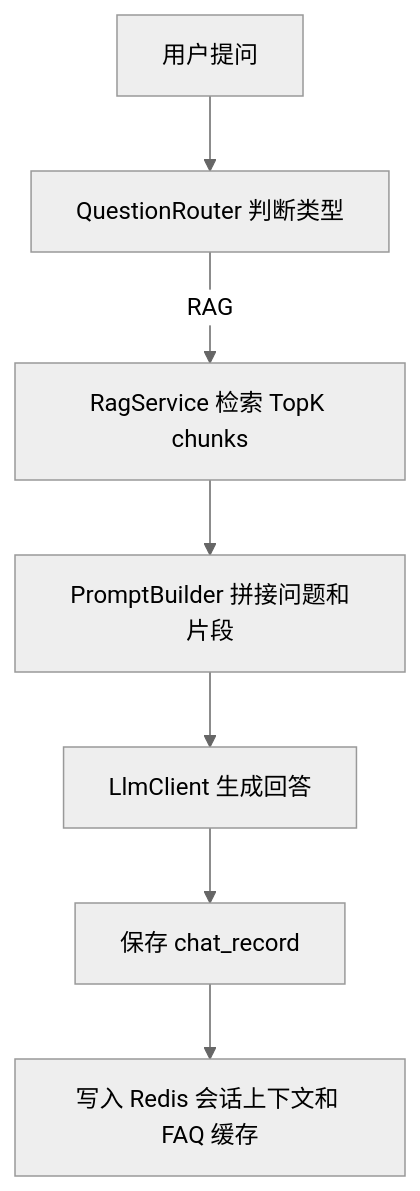
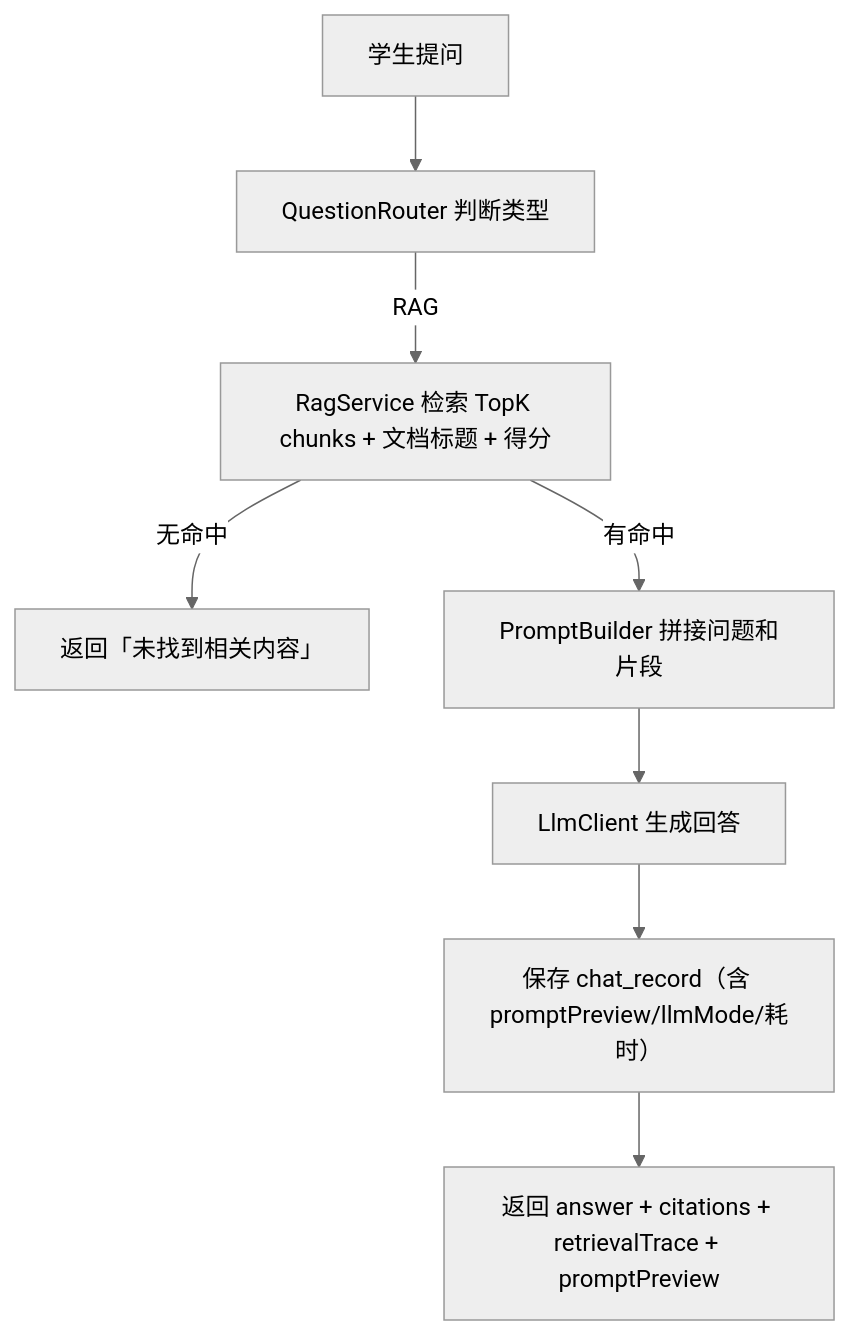
The second of 2 diagrams in README.md (SodaWWater/campus-ai-assistant), drawn with Mermaid (neutral theme) before and after one commit. The commit also changed other lines of this file and 86 other files, not shown here.

````diff
--- a/README.md
+++ b/README.md
@@ -40,9 +43,10 @@
 ```mermaid
 flowchart TD
-  A["用户提问"] --> B["QuestionRouter 判断类型"]
-  B -->|RAG| C["RagService 检索 TopK chunks"]
-  C --> D["PromptBuilder 拼接问题和片段"]
-  D --> E["LlmClient 生成回答"]
-  E --> F["保存 chat_record"]
-  F --> G["写入 Redis 会话上下文和 FAQ 缓存"]
+  A["学生提问"] --> B["QuestionRouter 判断类型"]
+  B -->|RAG| C["RagService 检索 TopK chunks + 文档标题 + 得分"]
+  C -->|无命中| D["返回「未找到相关内容」"]
+  C -->|有命中| E["PromptBuilder 拼接问题和片段"]
+  E --> F["LlmClient 生成回答"]
+  F --> G["保存 chat_record（含 promptPreview/llmMode/耗时）"]
+  G --> H["返回 answer + citations + retrievalTrace + promptPreview"]
 ```
````
